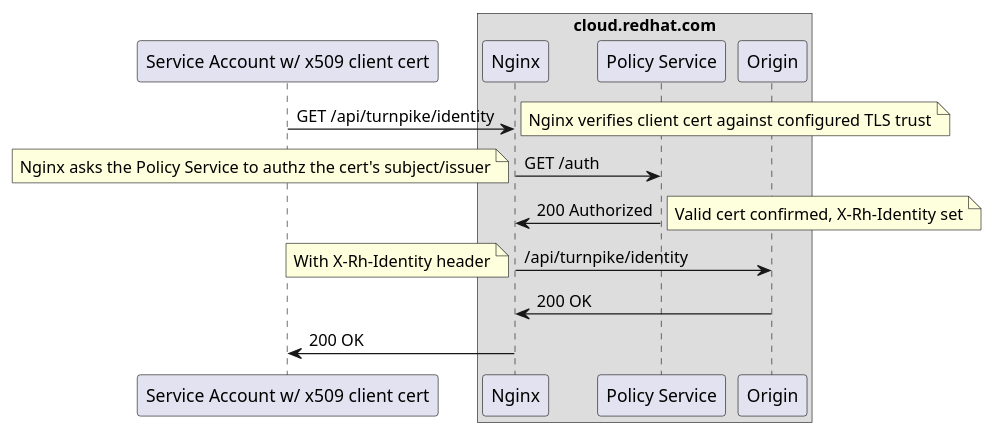
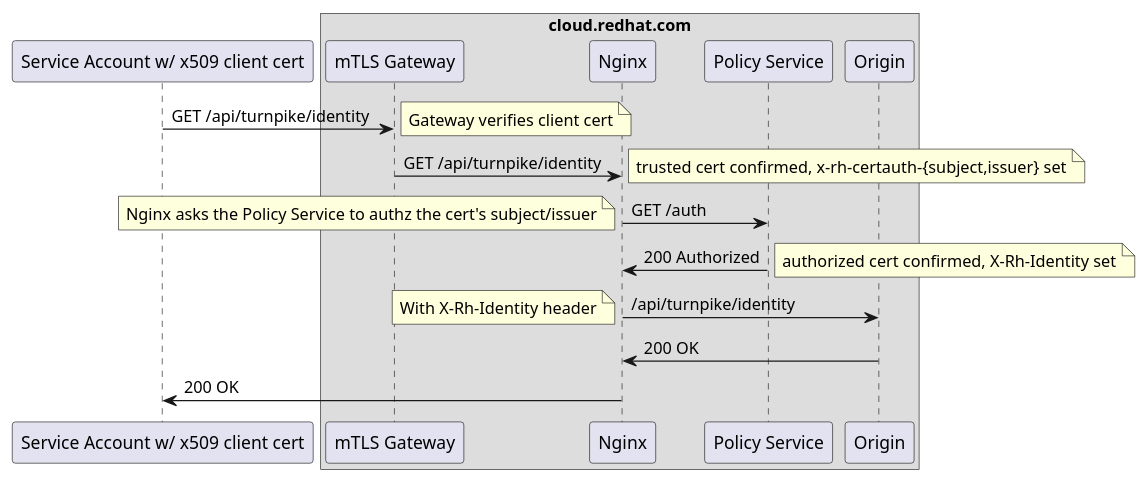
The diagram in docs/mtls.puml (RedHatInsights/turnpike), drawn with PlantUML before and after one commit. The commit also changed 1 other file, not shown here.

Commit message:
Update mTLS docs

```diff
--- a/docs/mtls.puml
+++ b/docs/mtls.puml
@@ -1,21 +1,24 @@
 @startuml turnpike-mTLS
 
 participant "Service Account w/ x509 client cert" as service_account
 box "cloud.redhat.com"
+participant "mTLS Gateway" as gateway
 participant Nginx
 participant "Policy Service" as policy_service
 participant Origin
 end box
 
-service_account -> Nginx: GET /api/turnpike/identity
-note right: Nginx verifies client cert against configured TLS trust
+service_account -> gateway: GET /api/turnpike/identity
+note right: Gateway verifies client cert
+gateway -> Nginx: GET /api/turnpike/identity
+note right: trusted cert confirmed, x-rh-certauth-{subject,issuer} set
 Nginx -> policy_service: GET /auth
 note left: Nginx asks the Policy Service to authz the cert's subject/issuer
 policy_service -> Nginx: 200 Authorized
-note right: Valid cert confirmed, X-Rh-Identity set
+note right: authorized cert confirmed, X-Rh-Identity set
 Nginx -> Origin: /api/turnpike/identity
 note left: With X-Rh-Identity header
 Origin -> Nginx: 200 OK
 Nginx -> service_account: 200 OK
 
 @enduml
```
